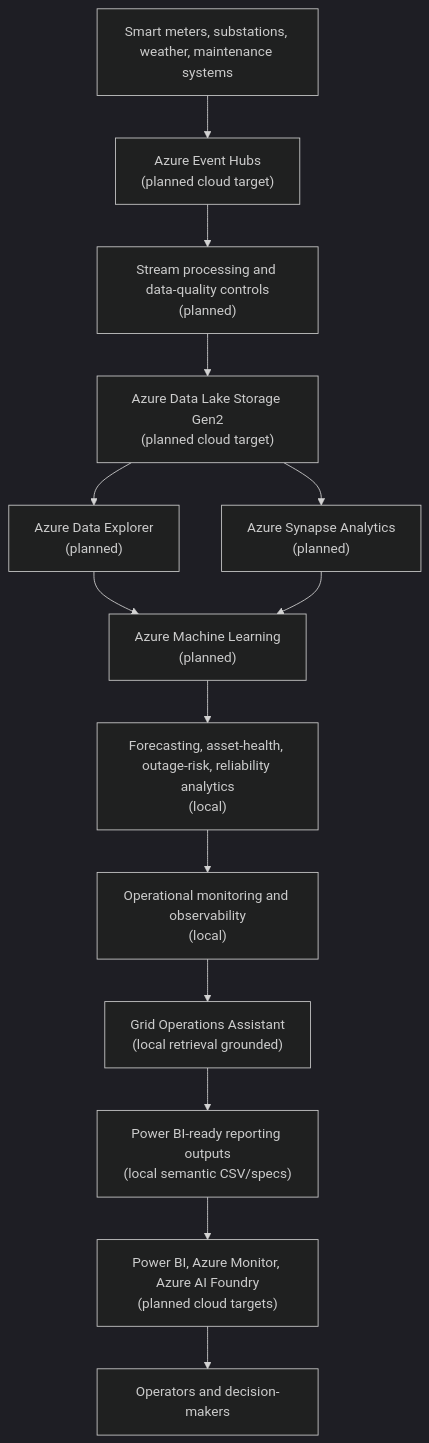
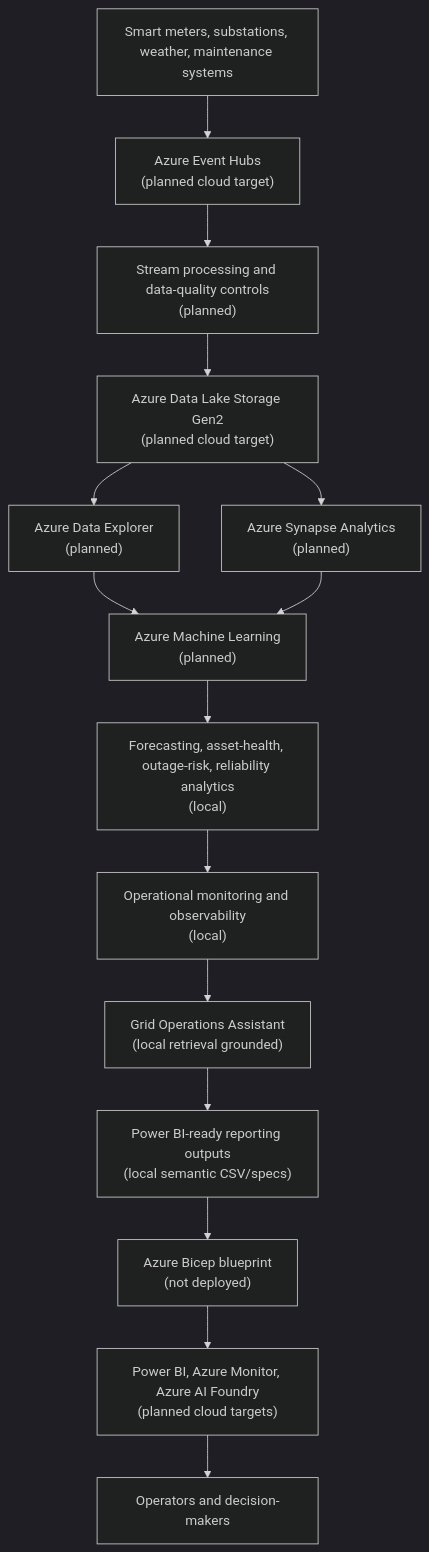
Before and after one commit to Ibraheemolasupogit/azure-grid-reliability-intelligence-platform: the diagram in diagrams/high-level-platform-architecture.mmd, drawn with Mermaid (dark theme). The commit also changed 65 other files, not shown here.

Commit message:
Add Azure reference architecture blueprint

```diff
--- a/diagrams/high-level-platform-architecture.mmd
+++ b/diagrams/high-level-platform-architecture.mmd
@@ -1,21 +1,22 @@
 flowchart TD
     sources["Smart meters, substations, weather, maintenance systems"]
     event_hubs["Azure Event Hubs<br/>(planned cloud target)"]
     stream["Stream processing and data-quality controls<br/>(planned)"]
     lake["Azure Data Lake Storage Gen2<br/>(planned cloud target)"]
     adx["Azure Data Explorer<br/>(planned)"]
     synapse["Azure Synapse Analytics<br/>(planned)"]
     aml["Azure Machine Learning<br/>(planned)"]
     intelligence["Forecasting, asset-health, outage-risk, reliability analytics<br/>(local)"]
     monitoring["Operational monitoring and observability<br/>(local)"]
     assistant["Grid Operations Assistant<br/>(local retrieval grounded)"]
     reporting["Power BI-ready reporting outputs<br/>(local semantic CSV/specs)"]
+    blueprint["Azure Bicep blueprint<br/>(not deployed)"]
     operations["Power BI, Azure Monitor, Azure AI Foundry<br/>(planned cloud targets)"]
     users["Operators and decision-makers"]
 
     sources --> event_hubs --> stream --> lake
     lake --> adx
     lake --> synapse
     adx --> aml
     synapse --> aml
-    aml --> intelligence --> monitoring --> assistant --> reporting --> operations --> users
+    aml --> intelligence --> monitoring --> assistant --> reporting --> blueprint --> operations --> users
```
